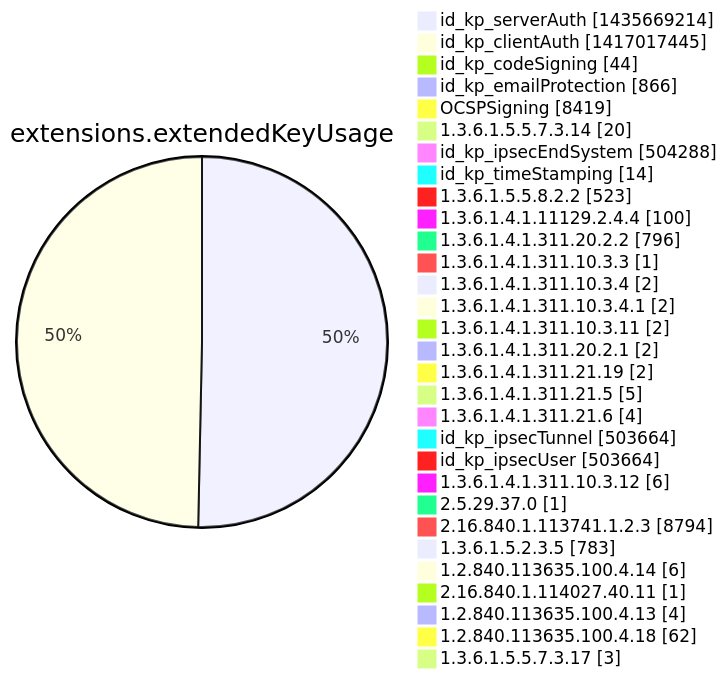
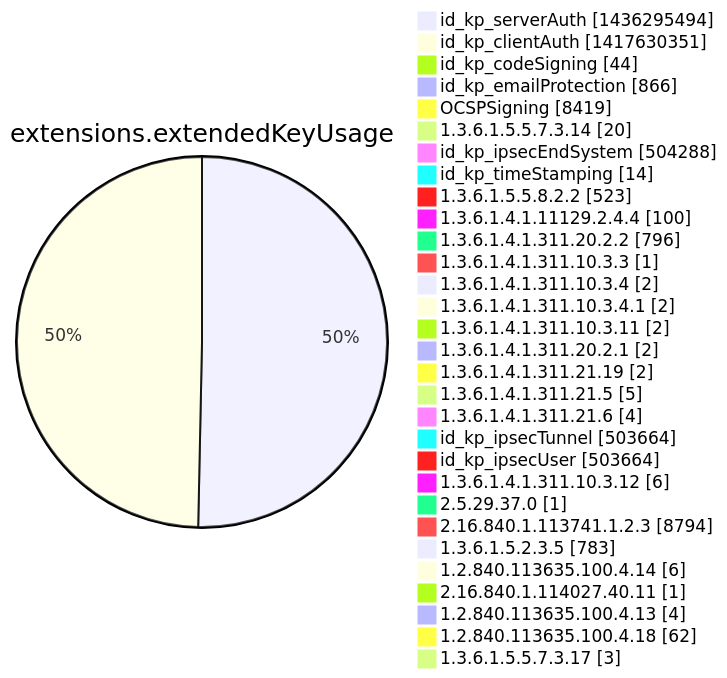
Diagram 12 of 15 in argon2022/README.md (christiankrug/ctmonitor_visualization), drawn with Mermaid before and after one commit. The commit also changed other lines of this file, not shown here.

````diff
--- a/argon2022/README.md
+++ b/argon2022/README.md
@@ -3555,34 +3555,34 @@
 ```mermaid
 pie showData
 title extensions.extendedKeyUsage
-"id_kp_serverAuth" :1435669214
-"id_kp_clientAuth" :1417017445
+"id_kp_serverAuth" :1436295494
+"id_kp_clientAuth" :1417630351
 "id_kp_codeSigning" :44
 "id_kp_emailProtection" :866
 "OCSPSigning" :8419
 "1.3.6.1.5.5.7.3.14" :20
 "id_kp_ipsecEndSystem" :504288
 "id_kp_timeStamping" :14
 "1.3.6.1.5.5.8.2.2" :523
 "1.3.6.1.4.1.11129.2.4.4" :100
 "1.3.6.1.4.1.311.20.2.2" :796
 "1.3.6.1.4.1.311.10.3.3" :1
 "1.3.6.1.4.1.311.10.3.4" :2
 "1.3.6.1.4.1.311.10.3.4.1" :2
 "1.3.6.1.4.1.311.10.3.11" :2
 "1.3.6.1.4.1.311.20.2.1" :2
 "1.3.6.1.4.1.311.21.19" :2
 "1.3.6.1.4.1.311.21.5" :5
 "1.3.6.1.4.1.311.21.6" :4
 "id_kp_ipsecTunnel" :503664
 "id_kp_ipsecUser" :503664
 "1.3.6.1.4.1.311.10.3.12" :6
 "2.5.29.37.0" :1
 "2.16.840.1.113741.1.2.3" :8794
 "1.3.6.1.5.2.3.5" :783
 "1.2.840.113635.100.4.14" :6
 "2.16.840.1.114027.40.11" :1
 "1.2.840.113635.100.4.13" :4
 "1.2.840.113635.100.4.18" :62
 "1.3.6.1.5.5.7.3.17" :3
 ```
````
